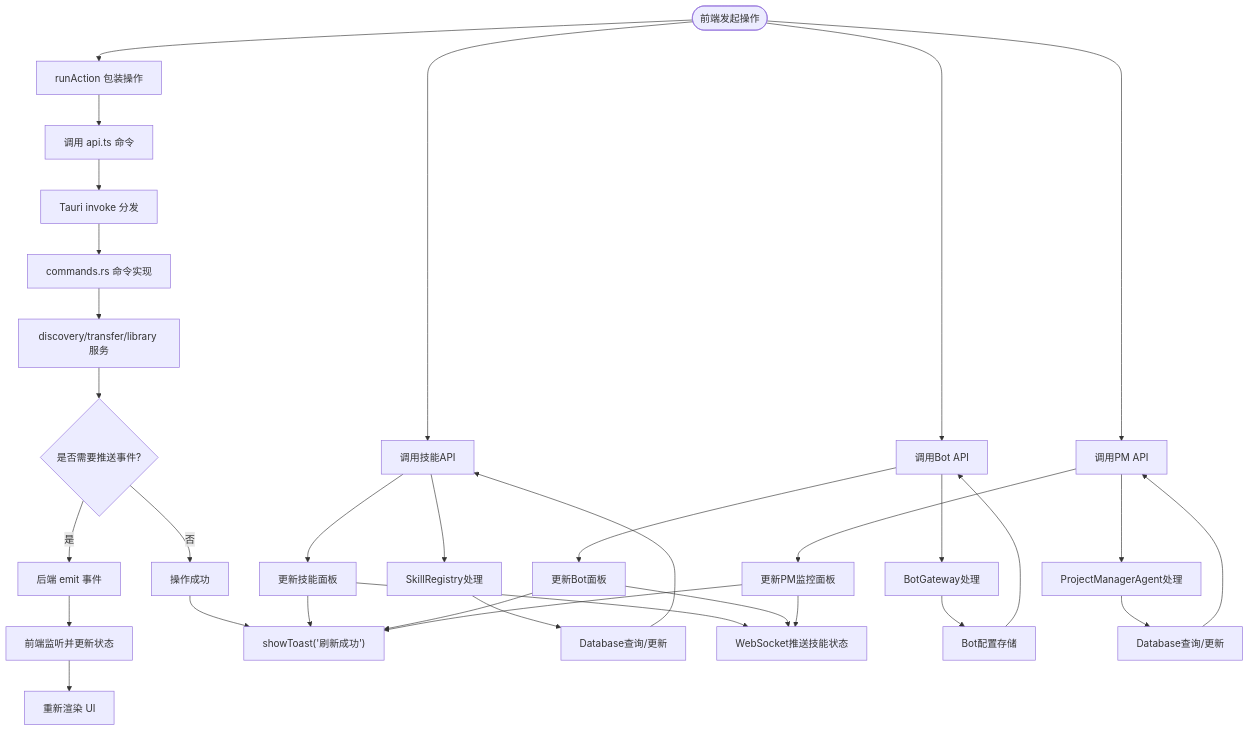
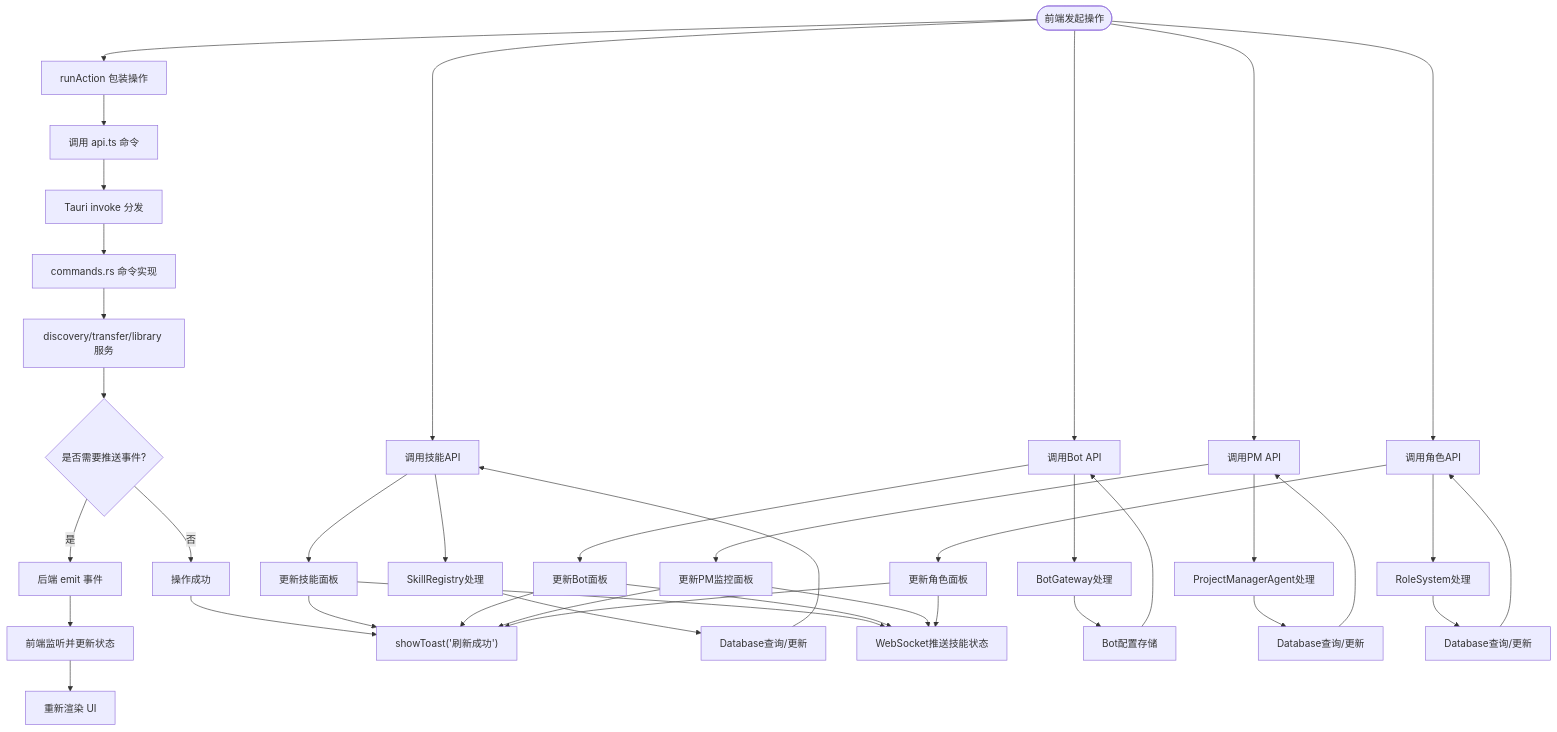
One commit to targalian/Personal-distributed-workstation changed the fourth of 5 diagrams in .qoder/repowiki/zh/content/前端应用架构/前端应用架构.md. Above: the diagram before and after it, drawn with Mermaid. The commit also changed other lines of this file and 117 other files, not shown here.

````diff
--- a/.qoder/repowiki/zh/content/前端应用架构/前端应用架构.md
+++ b/.qoder/repowiki/zh/content/前端应用架构/前端应用架构.md
@@ -465,35 +779,42 @@
 ```mermaid
 flowchart TD
 Start(["前端发起操作"]) --> RunAction["runAction 包装操作"]
 RunAction --> Invoke["调用 api.ts 命令"]
 Invoke --> TauriInvoke["Tauri invoke 分发"]
 TauriInvoke --> CmdImpl["commands.rs 命令实现"]
 CmdImpl --> ServiceOps["discovery/transfer/library 服务"]
 ServiceOps --> EmitEvt{"是否需要推送事件?"}
 EmitEvt --> |是| FrontEvt["后端 emit 事件"]
 FrontEvt --> FEListen["前端监听并更新状态"]
 EmitEvt --> |否| Success["操作成功"]
 Success --> ShowToast["showToast('刷新成功')"]
 FEListen --> Render["重新渲染 UI"]
 Start --> SkillsAPI["调用技能API"]
 SkillsAPI --> SkillRegistry["SkillRegistry处理"]
 SkillRegistry --> SkillDB["Database查询/更新"]
 SkillDB --> SkillsAPI
 SkillsAPI --> SkillsUI["更新技能面板"]
 SkillsUI --> ShowToast
 SkillsUI --> WS["WebSocket推送技能状态"]
 Start --> BotAPI["调用Bot API"]
 BotAPI --> BotGW["BotGateway处理"]
 BotGW --> BotDB["Bot配置存储"]
 BotDB --> BotAPI
 BotAPI --> BotUI["更新Bot面板"]
 BotUI --> ShowToast
 BotUI --> WS
 Start --> PMAPI["调用PM API"]
 PMAPI --> PMAgent["ProjectManagerAgent处理"]
 PMAgent --> PMDB["Database查询/更新"]
 PMDB --> PMAPI
 PMAPI --> PMUI["更新PM监控面板"]
 PMUI --> ShowToast
 PMUI --> WS
+Start --> RoleAPI["调用角色API"]
+RoleAPI --> RoleSystem["RoleSystem处理"]
+RoleSystem --> RoleDB["Database查询/更新"]
+RoleDB --> RoleAPI
+RoleAPI --> RoleUI["更新角色面板"]
+RoleUI --> ShowToast
+RoleUI --> WS
 ```
````
